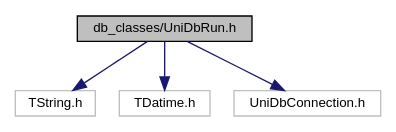
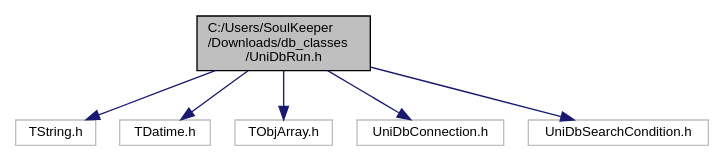
The diagram in uni_db/docs/ref_man/_uni_db_run_8h__incl.dot (mam-mih-val/bmnroot), drawn with Graphviz before and after one commit. The commit also changed 142 other files, not shown here.

```diff
--- a/uni_db/docs/ref_man/_uni_db_run_8h__incl.dot
+++ b/uni_db/docs/ref_man/_uni_db_run_8h__incl.dot
@@ -1,12 +1,16 @@
-digraph "db_classes/UniDbRun.h"
+digraph "C:/Users/SoulKeeper/Downloads/db_classes/UniDbRun.h"
 {
   edge [fontname="Helvetica",fontsize="10",labelfontname="Helvetica",labelfontsize="10"];
   node [fontname="Helvetica",fontsize="10",shape=record];
-  Node1 [label="db_classes/UniDbRun.h",height=0.2,width=0.4,color="black", fillcolor="grey75", style="filled", fontcolor="black"];
+  Node1 [label="C:/Users/SoulKeeper\l/Downloads/db_classes\l/UniDbRun.h",height=0.2,width=0.4,color="black", fillcolor="grey75", style="filled", fontcolor="black"];
   Node1 -> Node2 [color="midnightblue",fontsize="10",style="solid",fontname="Helvetica"];
   Node2 [label="TString.h",height=0.2,width=0.4,color="grey75", fillcolor="white", style="filled"];
   Node1 -> Node3 [color="midnightblue",fontsize="10",style="solid",fontname="Helvetica"];
   Node3 [label="TDatime.h",height=0.2,width=0.4,color="grey75", fillcolor="white", style="filled"];
   Node1 -> Node4 [color="midnightblue",fontsize="10",style="solid",fontname="Helvetica"];
-  Node4 [label="UniDbConnection.h",height=0.2,width=0.4,color="grey75", fillcolor="white", style="filled"];
+  Node4 [label="TObjArray.h",height=0.2,width=0.4,color="grey75", fillcolor="white", style="filled"];
+  Node1 -> Node5 [color="midnightblue",fontsize="10",style="solid",fontname="Helvetica"];
+  Node5 [label="UniDbConnection.h",height=0.2,width=0.4,color="grey75", fillcolor="white", style="filled"];
+  Node1 -> Node6 [color="midnightblue",fontsize="10",style="solid",fontname="Helvetica"];
+  Node6 [label="UniDbSearchCondition.h",height=0.2,width=0.4,color="grey75", fillcolor="white", style="filled"];
 }
```
